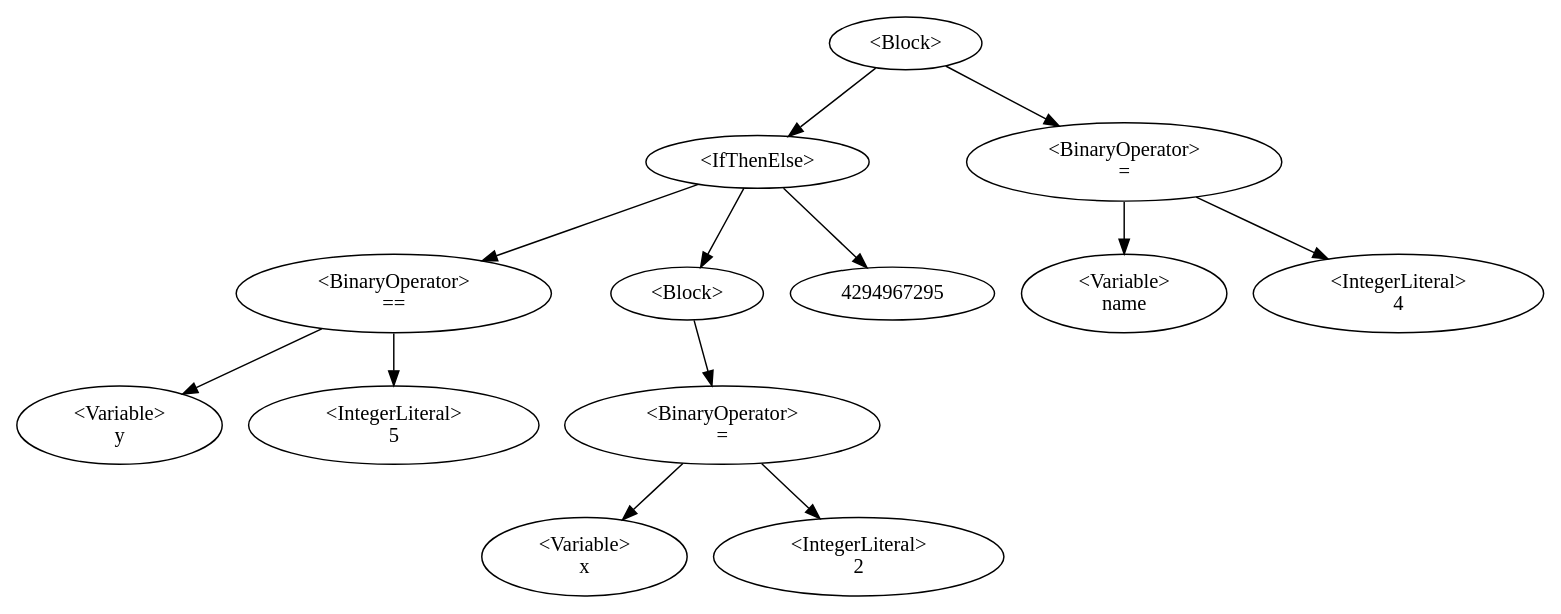
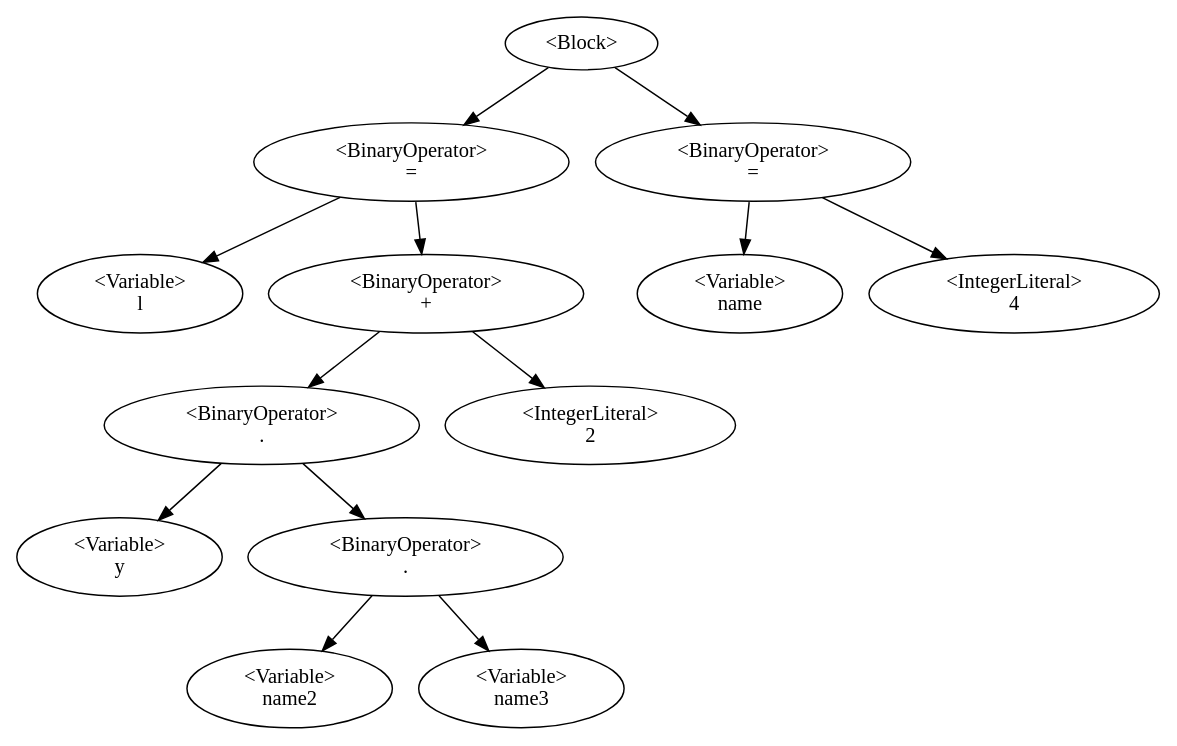
One commit to QazmoQwerty/dino changed the diagram in Dino/Dino/AstDisplay.gv. Above: the diagram before and after it, drawn with Graphviz. The commit also changed 2 other files, not shown here.

Commit message:
added support for '.' operator

```diff
--- a/Dino/Dino/AstDisplay.gv
+++ b/Dino/Dino/AstDisplay.gv
@@ -1,14 +1,15 @@
 digraph G {
-0 [label="<Block>"];0->1;0->10;
-1 [label="<IfThenElse>"];1->3;1->5;1->4294967295;
-3 [label="<BinaryOperator>\n=="];3->2;3->4;
-2 [label="<Variable>\ny"];
-4 [label="<IntegerLiteral>\n5"];
-5 [label="<Block>"];5->7;
-7 [label="<BinaryOperator>\n="];7->6;7->8;
-6 [label="<Variable>\nx"];
-8 [label="<IntegerLiteral>\n2"];
-10 [label="<BinaryOperator>\n="];10->9;10->11;
-9 [label="<Variable>\nname"];
-11 [label="<IntegerLiteral>\n4"];
+0 [label="<Block>"];0->2;0->11;
+2 [label="<BinaryOperator>\n="];2->1;2->8;
+1 [label="<Variable>\nl"];
+8 [label="<BinaryOperator>\n+"];8->4;8->9;
+4 [label="<BinaryOperator>\n."];4->3;4->6;
+3 [label="<Variable>\ny"];
+6 [label="<BinaryOperator>\n."];6->5;6->7;
+5 [label="<Variable>\nname2"];
+7 [label="<Variable>\nname3"];
+9 [label="<IntegerLiteral>\n2"];
+11 [label="<BinaryOperator>\n="];11->10;11->12;
+10 [label="<Variable>\nname"];
+12 [label="<IntegerLiteral>\n4"];
 }
```
